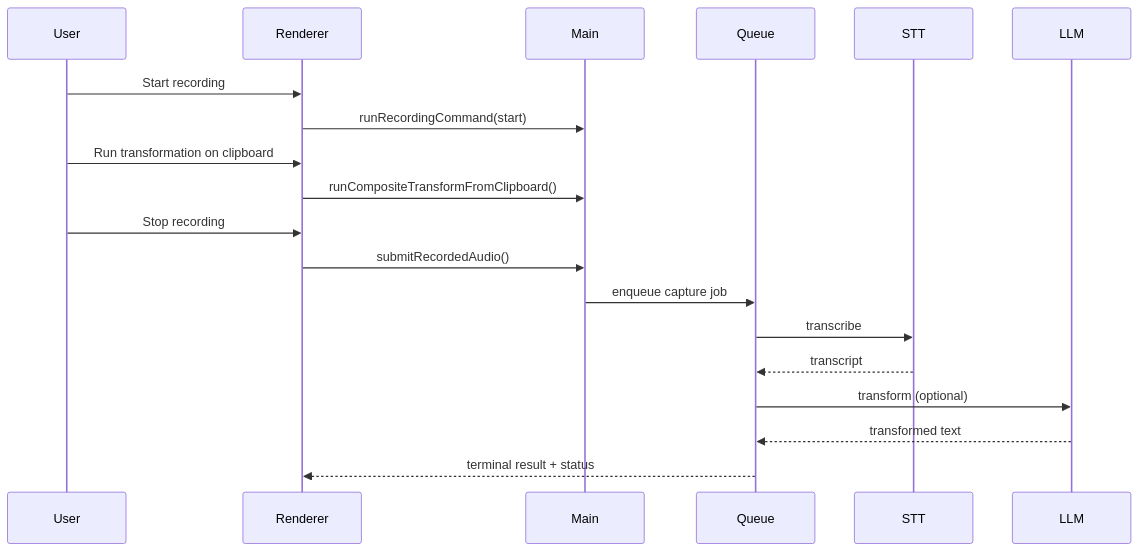
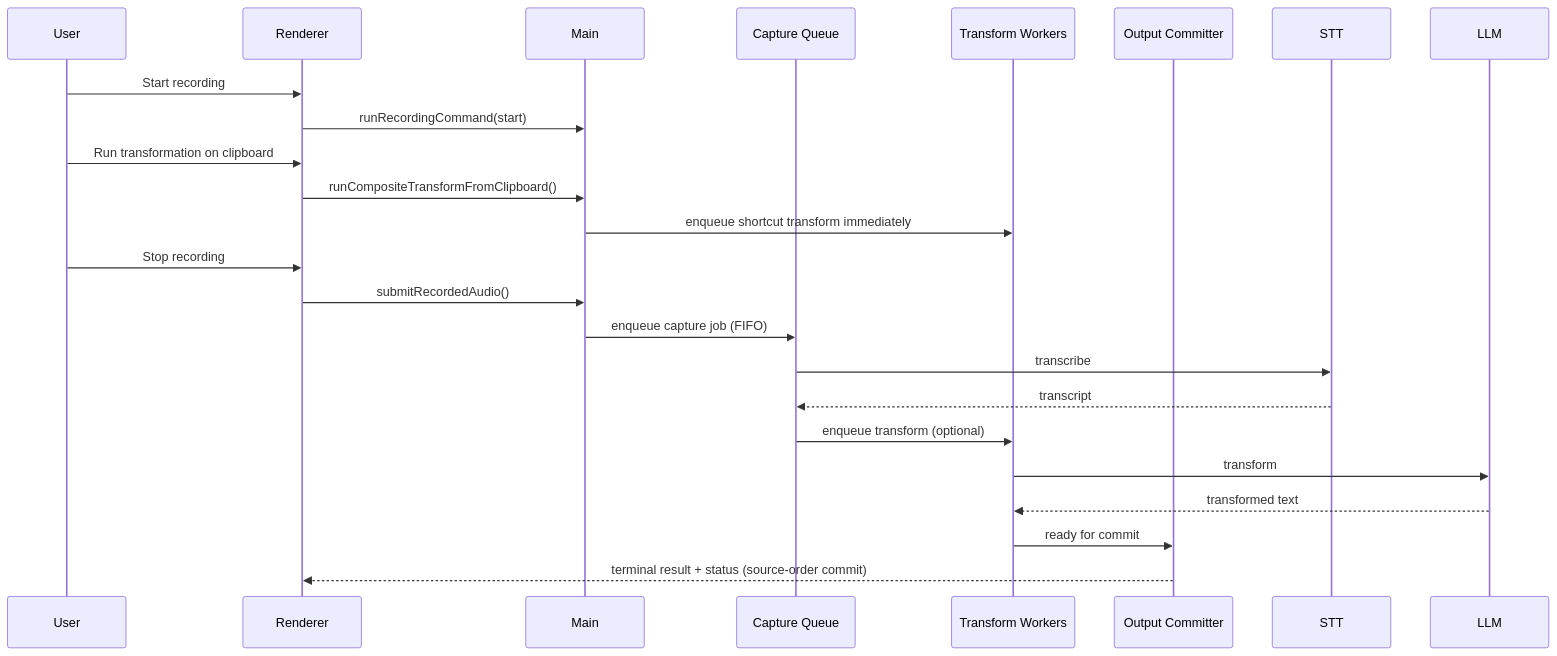
One commit to massun-onibakuchi/speech-to-text-app changed the fifth of 8 diagrams in specs/v1-spec.md. Above: the diagram before and after it, drawn with Mermaid. The commit also changed other lines of this file, not shown here.

Commit message:
docs: clarify shortcut concurrency and queue execution semantics

````diff
--- a/specs/v1-spec.md
+++ b/specs/v1-spec.md
@@ -462,22 +482,27 @@
 ```mermaid
 sequenceDiagram
   participant U as User
   participant R as Renderer
   participant M as Main
-  participant Q as Queue
+  participant CQ as Capture Queue
+  participant TW as Transform Workers
+  participant OC as Output Committer
   participant S as STT
   participant L as LLM
 
   U->>R: Start recording
   R->>M: runRecordingCommand(start)
   U->>R: Run transformation on clipboard
   R->>M: runCompositeTransformFromClipboard()
+  M->>TW: enqueue shortcut transform immediately
   U->>R: Stop recording
   R->>M: submitRecordedAudio()
-  M->>Q: enqueue capture job
-  Q->>S: transcribe
-  S-->>Q: transcript
-  Q->>L: transform (optional)
-  L-->>Q: transformed text
-  Q-->>R: terminal result + status
+  M->>CQ: enqueue capture job (FIFO)
+  CQ->>S: transcribe
+  S-->>CQ: transcript
+  CQ->>TW: enqueue transform (optional)
+  TW->>L: transform
+  L-->>TW: transformed text
+  TW->>OC: ready for commit
+  OC-->>R: terminal result + status (source-order commit)
 ```
````
